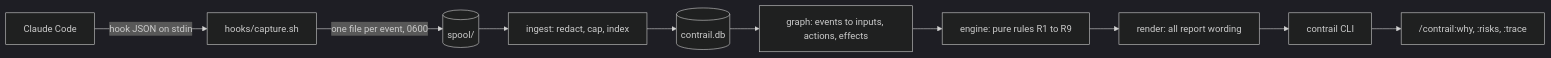
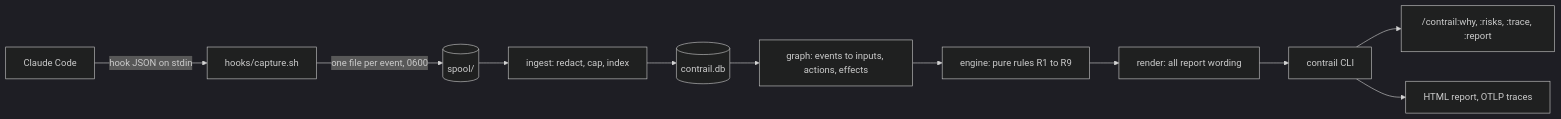
Before and after one commit to levimackay/contrail: the diagram in README.md, drawn with Mermaid (dark theme). The commit also changed other lines of this file and 1 other file, not shown here.

Commit message:
Document contrail report and /contrail:report

````diff
--- a/README.md
+++ b/README.md
@@ -233,12 +249,13 @@
 ```mermaid
 flowchart LR
   CC[Claude Code] -- hook JSON on stdin --> CAP[hooks/capture.sh]
   CAP -- one file per event, 0600 --> SPOOL[(spool/)]
   SPOOL --> ING[ingest: redact, cap, index]
   ING --> DB[(contrail.db)]
   DB --> G[graph: events to inputs, actions, effects]
   G --> E[engine: pure rules R1 to R9]
   E --> R[render: all report wording]
   R --> CLI[contrail CLI]
-  CLI --> SK["/contrail:why, :risks, :trace"]
+  CLI --> SK["/contrail:why, :risks, :trace, :report"]
+  CLI --> OUT["HTML report, OTLP traces"]
 ```
````
